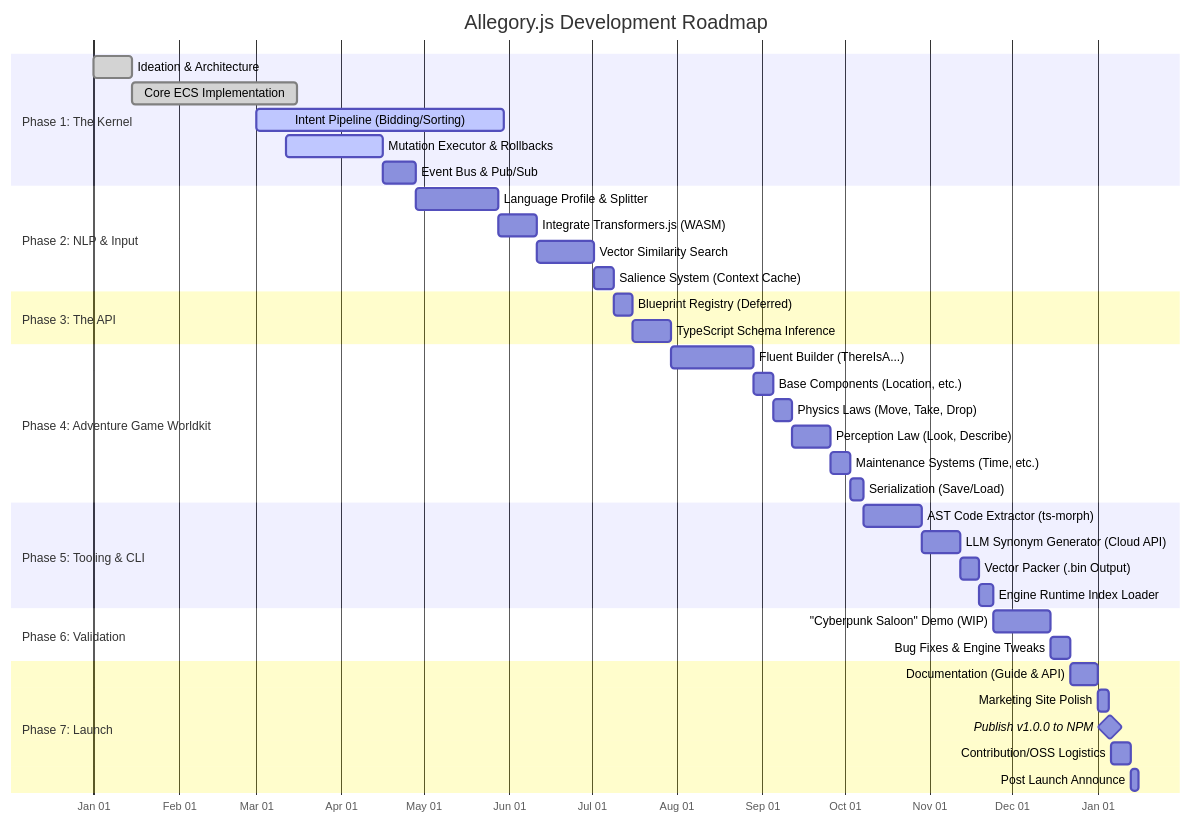
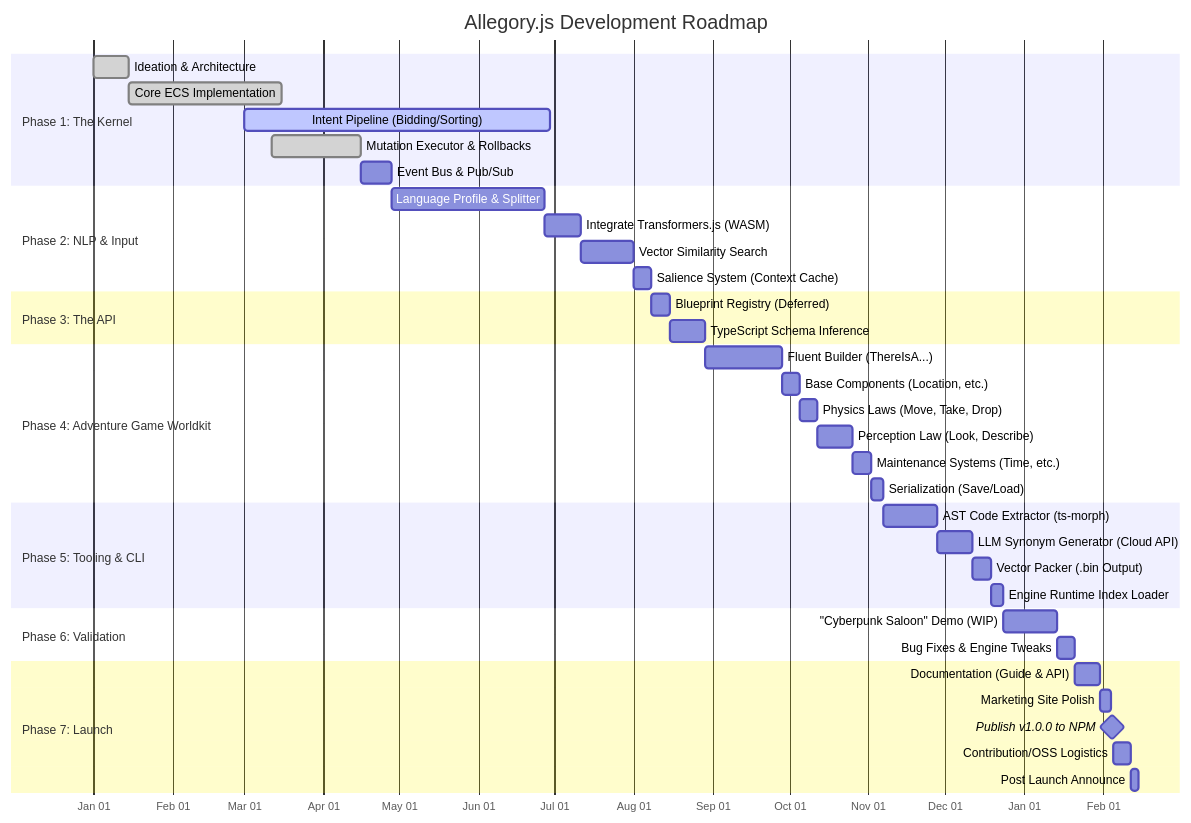
One commit to allegoryjs/allegoryjs changed the diagram in README.md. Above: the diagram before and after it, drawn with Mermaid.

Commit message:
language splitter is gonna take a while...

````diff
--- a/README.md
+++ b/README.md
@@ -54,48 +54,48 @@
 ```mermaid
 gantt
     title Allegory.js Development Roadmap
     dateFormat  YYYY-MM-DD
     axisFormat  %b %d
 
     section Phase 1: The Kernel
     Ideation & Architecture           :done,    p1_1, 2026-01-01, 14d
     Core ECS Implementation           :done,    p1_2, after p1_1, 60d
-    Intent Pipeline (Bidding/Sorting) :active,  p1_3, 2026-03-01, 90d
-    Mutation Executor & Rollbacks     :active,  p1_4, 2026-03-12, 35d
+    Intent Pipeline (Bidding/Sorting) :active,  p1_3, 2026-03-01, 120d
+    Mutation Executor & Rollbacks     :done,    p1_4, 2026-03-12, 35d
     Event Bus & Pub/Sub               :         p1_5, after p1_4, 12d
 
     section Phase 2: NLP & Input
-    Language Profile & Splitter       :         p2_1, after p1_5, 30d
+    Language Profile & Splitter       :         p2_1, after p1_5, 60d
     Integrate Transformers.js (WASM)  :         p2_2, after p2_1, 14d
     Vector Similarity Search          :         p2_3, after p2_2, 21d
     Salience System (Context Cache)   :         p2_4, after p2_3, 7d
 
     section Phase 3: The API
     Blueprint Registry (Deferred)     :         p3_1, after p2_4, 7d
     TypeScript Schema Inference       :         p3_2, after p3_1, 14d
 
     section Phase 4: Adventure Game Worldkit
     Fluent Builder (ThereIsA...)      :         p4_0, after p3_2, 30d
     Base Components (Location, etc.)  :         p4_1, after p4_0, 7d
     Physics Laws (Move, Take, Drop)   :         p4_2, after p4_1, 7d
     Perception Law (Look, Describe)   :         p4_3, after p4_2, 14d
     Maintenance Systems (Time, etc.)  :         p4_4, after p4_3, 7d
     Serialization (Save/Load)         :         p4_5, after p4_4, 5d
 
     section Phase 5: Tooling & CLI
     AST Code Extractor (ts-morph)     :         t1, after p4_5, 21d
     LLM Synonym Generator (Cloud API) :         t2, after t1, 14d
     Vector Packer (.bin Output)       :         t3, after t2, 7d
     Engine Runtime Index Loader       :         t4, after t3, 5d
 
     section Phase 6: Validation
     "Cyberpunk Saloon" Demo (WIP)     :         p5_1, after t4, 21d
     Bug Fixes & Engine Tweaks         :         p5_2, after p5_1, 7d
 
     section Phase 7: Launch
     Documentation (Guide & API)       :         p6_1, after p5_2, 10d
     Marketing Site Polish             :         p6_2, after p6_1, 4d
     Publish v1.0.0 to NPM             :milestone, m1, after p6_2, 1d
     Contribution/OSS Logistics        :         p6_3, after m1,   7d
     Post Launch Announce              :         p6_4, after p6_3, 3d
 ```
````
